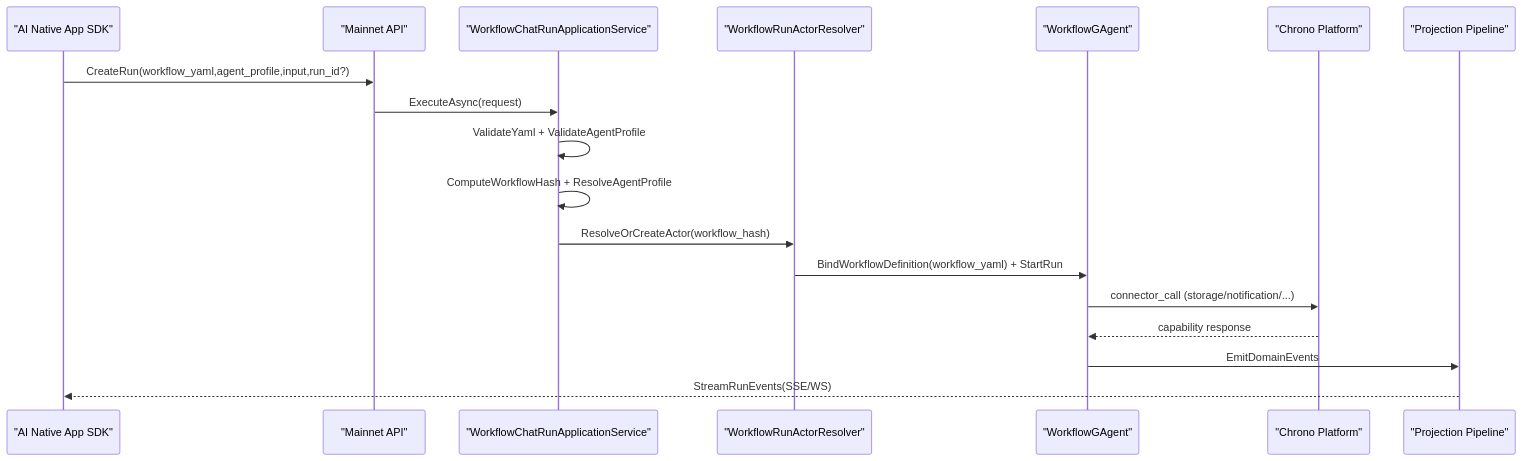
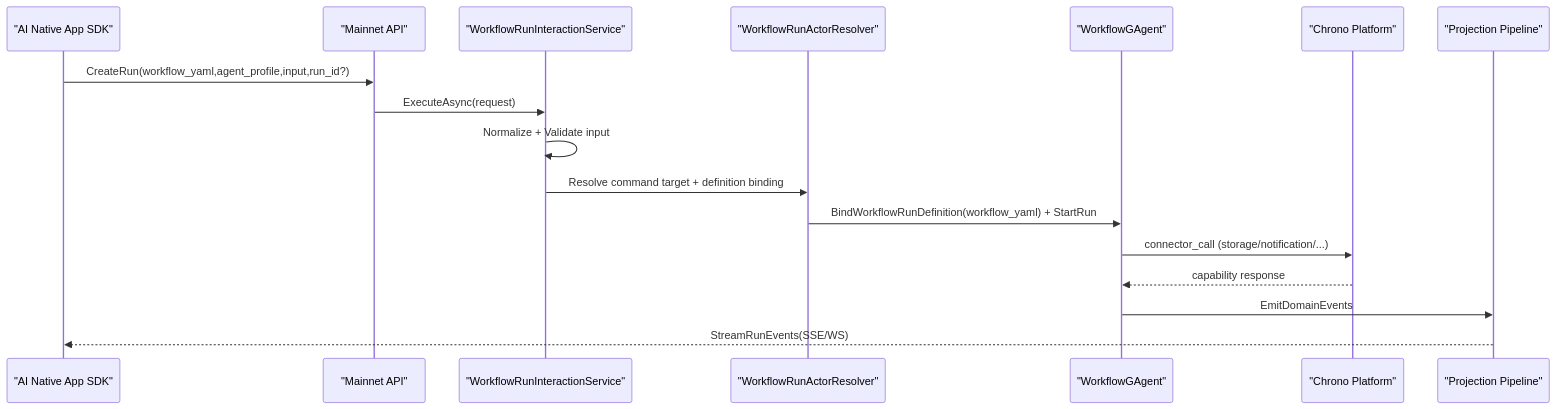
Diagram 18 of 19 in docs/architecture/AEVATAR_MAINNET_ARCHITECTURE.md (aevatarAI/aevatar), drawn with Mermaid before and after one commit. The commit also changed other lines of this file and 99 other files, not shown here.

````diff
--- a/docs/architecture/AEVATAR_MAINNET_ARCHITECTURE.md
+++ b/docs/architecture/AEVATAR_MAINNET_ARCHITECTURE.md
@@ -1534,22 +1534,21 @@
 ```mermaid
 %%{init: {"maxTextSize": 100000, "sequence": {"useMaxWidth": false}, "themeVariables": {"fontSize": "10px"}}}%%
 sequenceDiagram
     participant AppSdk as "AI Native App SDK"
     participant MainnetApi as "Mainnet API"
-    participant AppService as "WorkflowChatRunApplicationService"
+    participant AppService as "WorkflowRunInteractionService"
     participant Resolver as "WorkflowRunActorResolver"
     participant WfAgent as "WorkflowGAgent"
     participant Chrono as "Chrono Platform"
     participant Projection as "Projection Pipeline"
 
     AppSdk->>MainnetApi: CreateRun(workflow_yaml,agent_profile,input,run_id?)
     MainnetApi->>AppService: ExecuteAsync(request)
-    AppService->>AppService: ValidateYaml + ValidateAgentProfile
-    AppService->>AppService: ComputeWorkflowHash + ResolveAgentProfile
-    AppService->>Resolver: ResolveOrCreateActor(workflow_hash)
-    Resolver->>WfAgent: BindWorkflowDefinition(workflow_yaml) + StartRun
+    AppService->>AppService: Normalize + Validate input
+    AppService->>Resolver: Resolve command target + definition binding
+    Resolver->>WfAgent: BindWorkflowRunDefinition(workflow_yaml) + StartRun
     WfAgent->>Chrono: connector_call (storage/notification/...)
     Chrono-->>WfAgent: capability response
     WfAgent->>Projection: EmitDomainEvents
     Projection-->>AppSdk: StreamRunEvents(SSE/WS)
 ```
````
